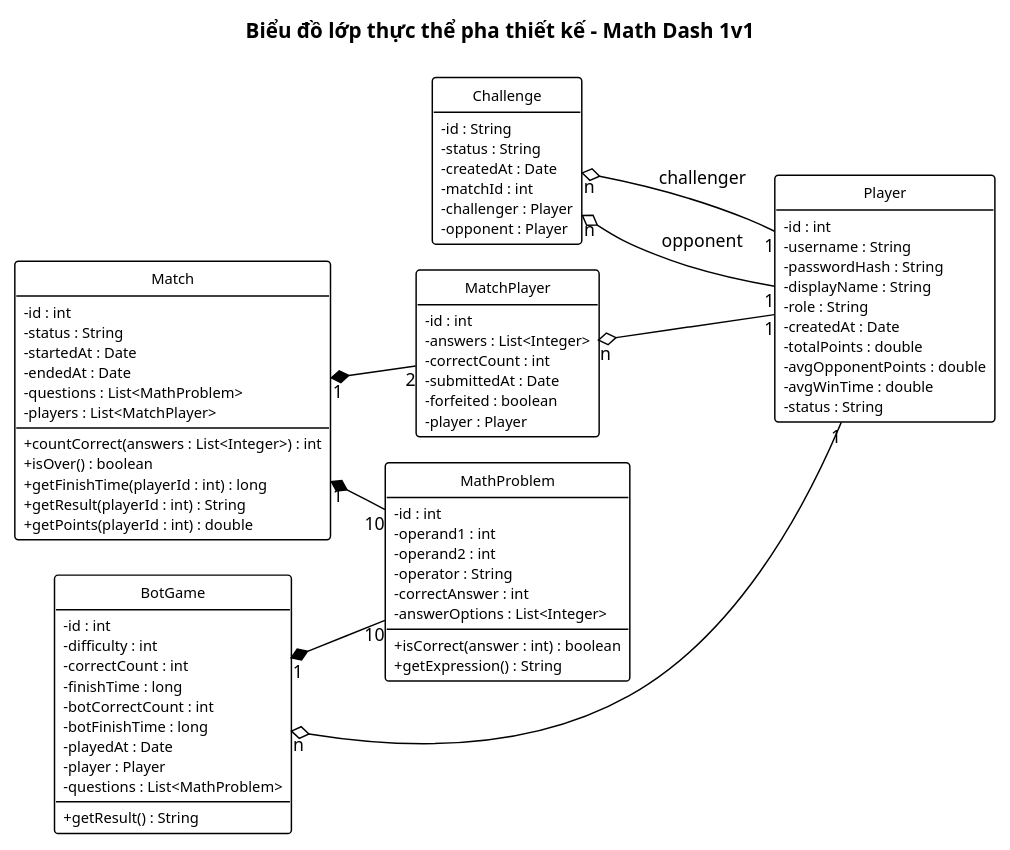
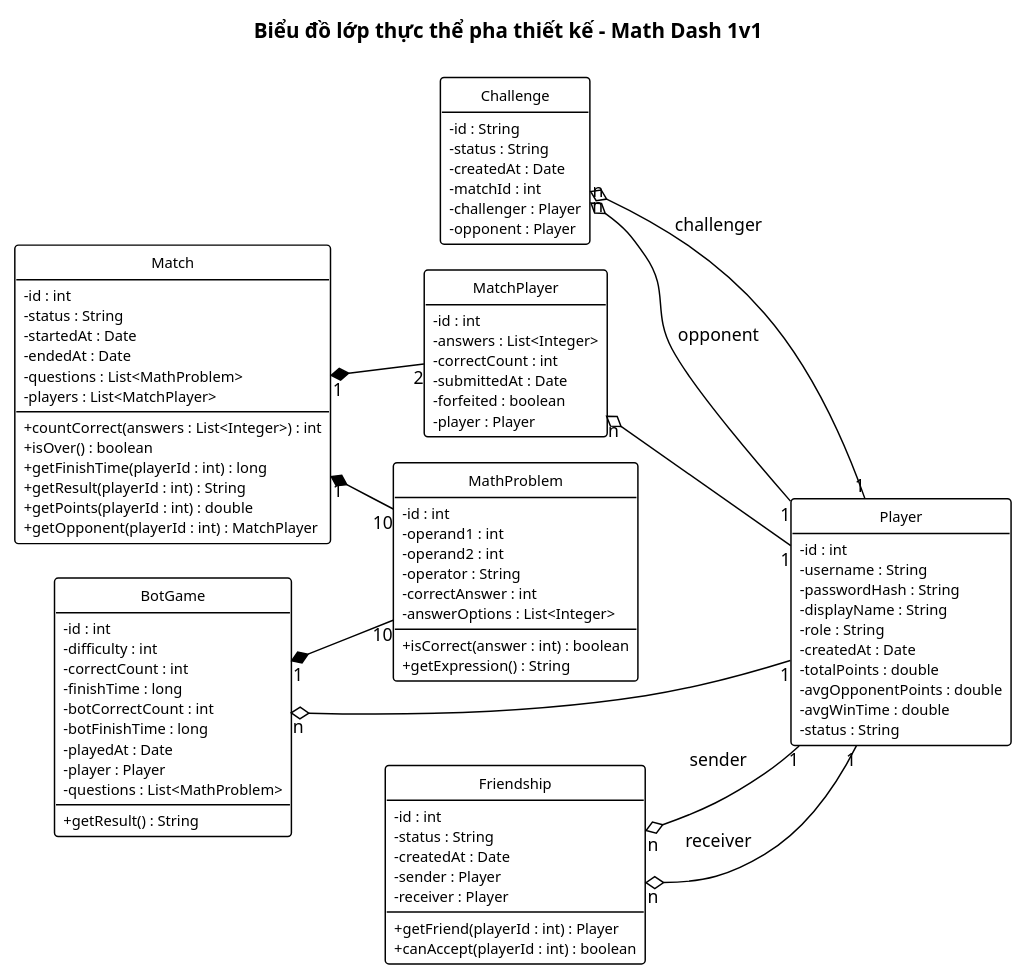
The diagram in docs/chung/lop-thuc-the-thiet-ke.puml (HungNguyenBa1811/math-dash), drawn with PlantUML before and after one commit. The commit also changed 12 other files, not shown here.

```diff
--- a/docs/chung/lop-thuc-the-thiet-ke.puml
+++ b/docs/chung/lop-thuc-the-thiet-ke.puml
@@ -1,94 +1,106 @@
 @startuml lop-thuc-the-thiet-ke
 !pragma layout smetana
 ' === VP Base Theme v2 ===
 skinparam defaultFontName "Segoe UI"
 skinparam defaultFontSize 12
 skinparam shadowing false
 skinparam arrowColor #000000
 skinparam lineColor #000000
 hide circle
 hide empty members
 skinparam classAttributeIconSize 0
 skinparam class {
   BackgroundColor #FFFFFF
   BorderColor #000000
   FontColor #000000
   FontSize 11
   AttributeFontSize 10
   BorderThickness 1
 }
 left to right direction
 title Biểu đồ lớp thực thể pha thiết kế – Math Dash 1v1
 
 class Player {
   - id : int
   - username : String
   - passwordHash : String
   - displayName : String
   - role : String
   - createdAt : Date
   - totalPoints : double
   - avgOpponentPoints : double
   - avgWinTime : double
   - status : String
 }
 class MathProblem {
   - id : int
   - operand1 : int
   - operand2 : int
   - operator : String
   - correctAnswer : int
   - answerOptions : List<Integer>
   + isCorrect(answer : int) : boolean
   + getExpression() : String
 }
 class Challenge {
   - id : String
   - status : String
   - createdAt : Date
   - matchId : int
   - challenger : Player
   - opponent : Player
 }
 class Match {
   - id : int
   - status : String
   - startedAt : Date
   - endedAt : Date
   - questions : List<MathProblem>
   - players : List<MatchPlayer>
   + countCorrect(answers : List<Integer>) : int
   + isOver() : boolean
   + getFinishTime(playerId : int) : long
   + getResult(playerId : int) : String
   + getPoints(playerId : int) : double
+  + getOpponent(playerId : int) : MatchPlayer
 }
 class MatchPlayer {
   - id : int
   - answers : List<Integer>
   - correctCount : int
   - submittedAt : Date
   - forfeited : boolean
   - player : Player
 }
 class BotGame {
   - id : int
   - difficulty : int
   - correctCount : int
   - finishTime : long
   - botCorrectCount : int
   - botFinishTime : long
   - playedAt : Date
   - player : Player
   - questions : List<MathProblem>
   + getResult() : String
 }
+class Friendship {
+  - id : int
+  - status : String
+  - createdAt : Date
+  - sender : Player
+  - receiver : Player
+  + getFriend(playerId : int) : Player
+  + canAccept(playerId : int) : boolean
+}
 
 Challenge "n" o-- "1" Player : challenger
 Challenge "n" o-- "1" Player : opponent
 Match "1" *-- "2" MatchPlayer
 MatchPlayer "n" o-- "1" Player
 Match "1" *-- "10" MathProblem
 BotGame "n" o-- "1" Player
 BotGame "1" *-- "10" MathProblem
+Friendship "n" o-- "1" Player : sender
+Friendship "n" o-- "1" Player : receiver
 @enduml
```
